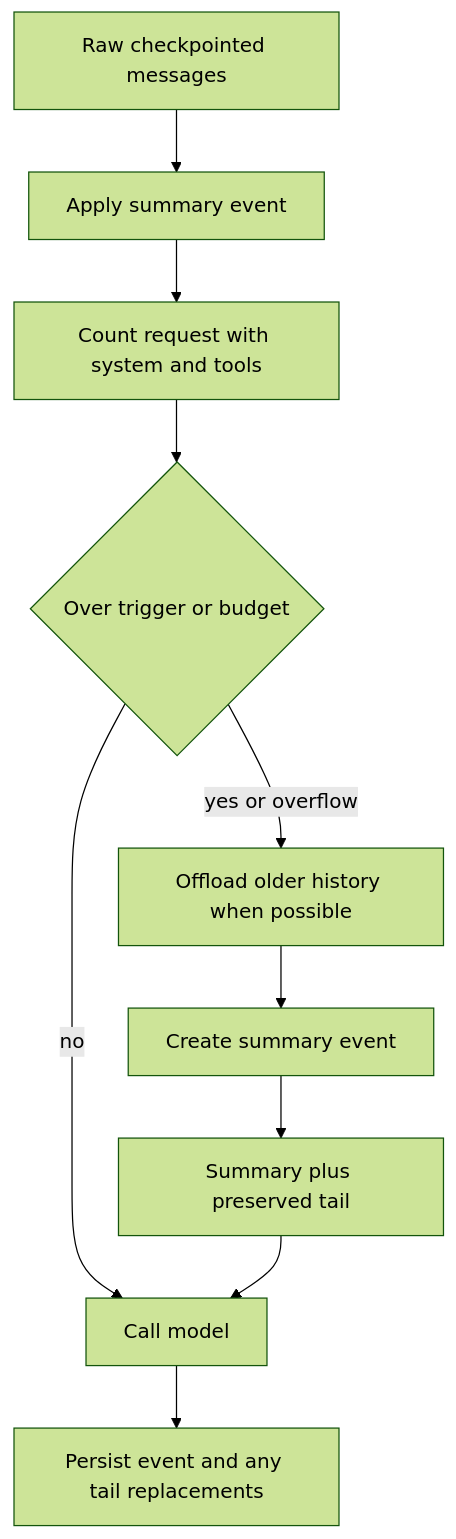
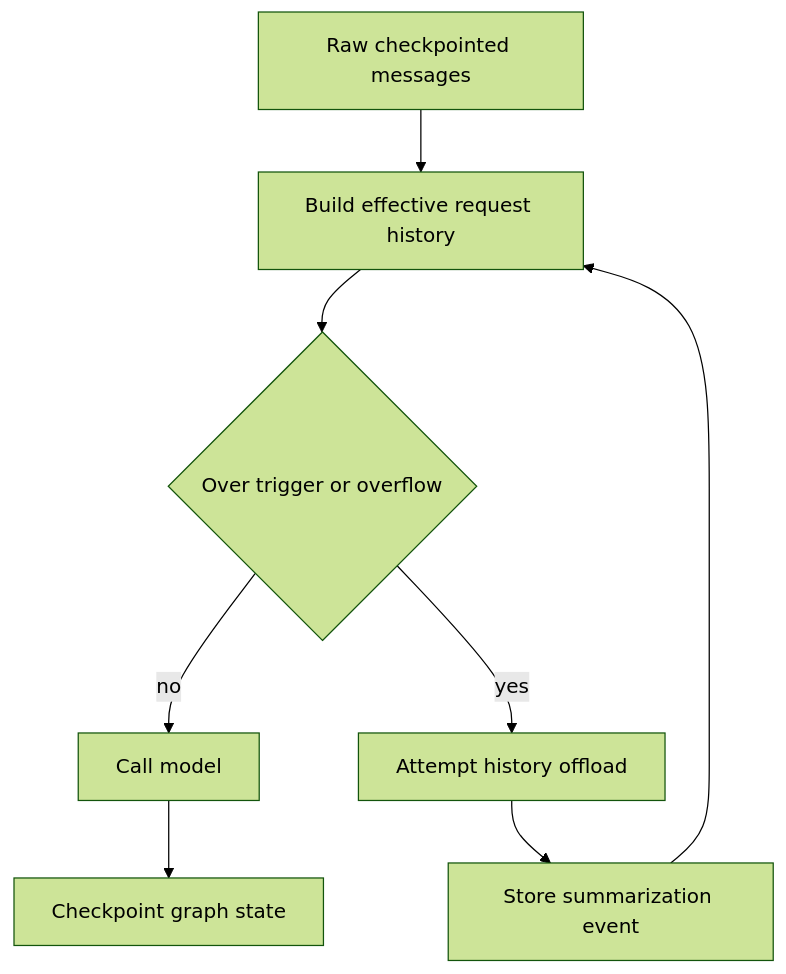
The first of 3 diagrams in openwiki/architecture/runtime-behavior.md (langchain-ai/deepagents), drawn with Mermaid (forest theme) before and after one commit. The commit also changed other lines of this file and 33 other files, not shown here.

````diff
--- a/openwiki/architecture/runtime-behavior.md
+++ b/openwiki/architecture/runtime-behavior.md
@@ -75,12 +49,10 @@
 ```mermaid
 flowchart TD
-    Raw["Raw checkpointed messages"] --> Effective["Apply summary event"]
-    Effective --> Count["Count request with system and tools"]
-    Count --> Decision{"Over trigger or budget"}
-    Decision -- "no" --> Model["Call model"]
-    Decision -- "yes or overflow" --> Save["Offload older history when possible"]
-    Save --> Summary["Create summary event"]
-    Summary --> Request["Summary plus preserved tail"]
-    Request --> Model
-    Model --> State["Persist event and any tail replacements"]
+    Raw["Raw checkpointed messages"] --> Shape["Build effective request history"]
+    Shape --> Budget{"Over trigger or overflow"}
+    Budget -- "no" --> Call["Call model"]
+    Budget -- "yes" --> Offload["Attempt history offload"]
+    Offload --> Event["Store summarization event"]
+    Event --> Shape
+    Call --> Checkpoint["Checkpoint graph state"]
 ```
````
